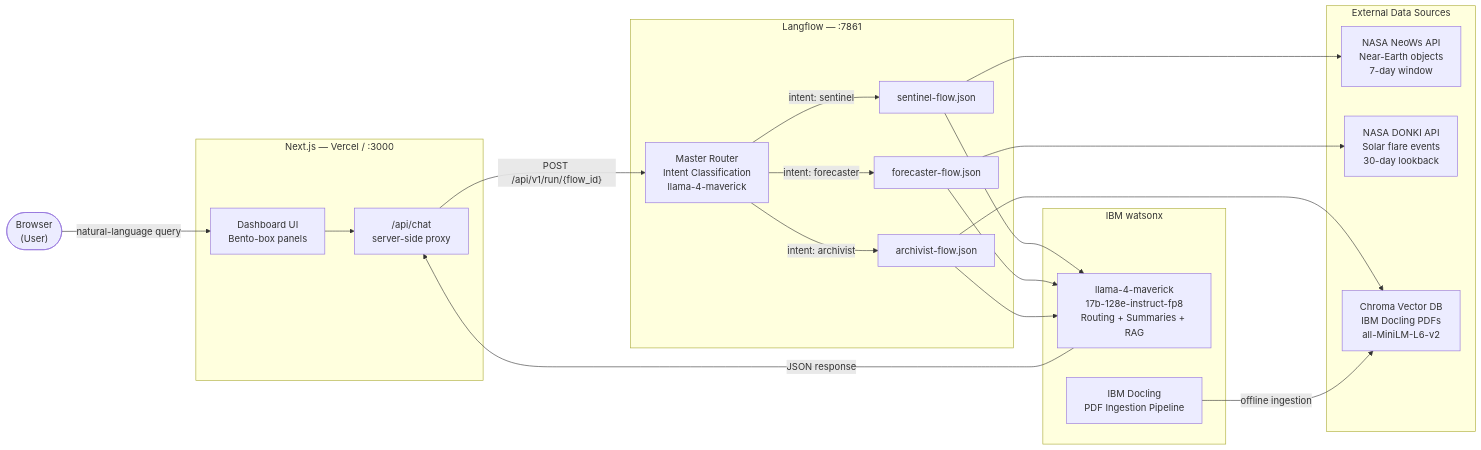
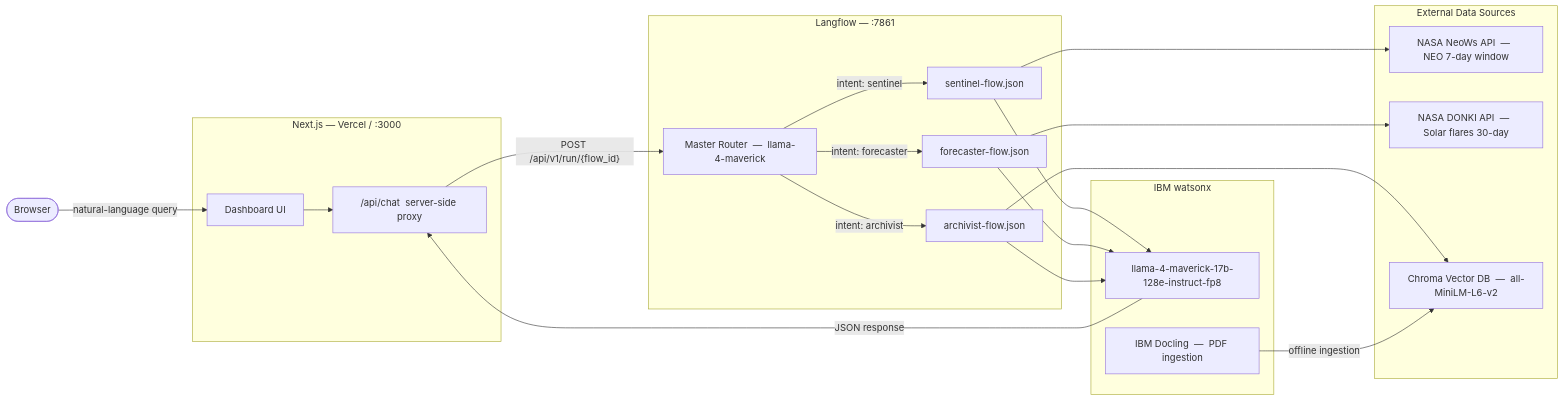
The diagram in README.md (primegideon/orion-space-command), drawn with Mermaid before and after one commit.

Commit message:
fix: replace \n escapes in Mermaid node labels — GitHub renderer crashes on them

````diff
--- a/README.md
+++ b/README.md
@@ -75,47 +75,46 @@
 ```mermaid
 flowchart LR
-    User(["Browser\n(User)"])
+    User(["Browser"])
 
-    subgraph Frontend ["Next.js — Vercel / :3000"]
-        UI["Dashboard UI\nBento-box panels"]
-        API["/api/chat\nserver-side proxy"]
+    subgraph Frontend ["Next.js  —  Vercel / :3000"]
+        UI["Dashboard UI"]
+        API["/api/chat  server-side proxy"]
     end
 
-    subgraph Orchestration ["Langflow — :7861"]
-        Router["Master Router\nIntent Classification\nllama-4-maverick"]
+    subgraph Orchestration ["Langflow  —  :7861"]
+        Router["Master Router  —  llama-4-maverick"]
         SFlow["sentinel-flow.json"]
         FFlow["forecaster-flow.json"]
         AFlow["archivist-flow.json"]
     end
 
     subgraph DataSources ["External Data Sources"]
-        NeoWs["NASA NeoWs API\nNear-Earth objects\n7-day window"]
-        DONKI["NASA DONKI API\nSolar flare events\n30-day lookback"]
-        Chroma["Chroma Vector DB\nIBM Docling PDFs\nall-MiniLM-L6-v2"]
+        NeoWs["NASA NeoWs API  —  NEO 7-day window"]
+        DONKI["NASA DONKI API  —  Solar flares 30-day"]
+        Chroma["Chroma Vector DB  —  all-MiniLM-L6-v2"]
     end
 
-    subgraph watsonx ["IBM watsonx"]
-        Maverick["llama-4-maverick\n17b-128e-instruct-fp8\nRouting + Summaries + RAG"]
-        Docling["IBM Docling\nPDF Ingestion Pipeline"]
+    subgraph WX ["IBM watsonx"]
+        Maverick["llama-4-maverick-17b-128e-instruct-fp8"]
+        Docling["IBM Docling  —  PDF ingestion"]
     end
 
     User -->|"natural-language query"| UI
     UI --> API
     API -->|"POST /api/v1/run/{flow_id}"| Router
 
     Router -->|"intent: sentinel"| SFlow
     Router -->|"intent: forecaster"| FFlow
     Router -->|"intent: archivist"| AFlow
 
     SFlow --> NeoWs
     FFlow --> DONKI
     AFlow --> Chroma
 
     SFlow --> Maverick
     FFlow --> Maverick
     AFlow --> Maverick
 
     Docling -->|"offline ingestion"| Chroma
-
     Maverick -->|"JSON response"| API
 ```
````
